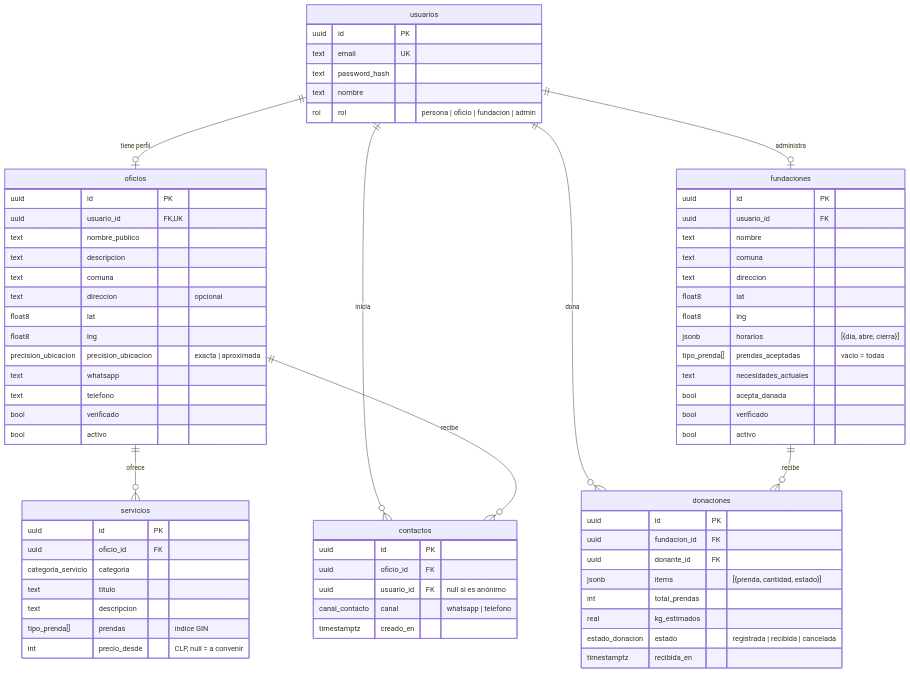
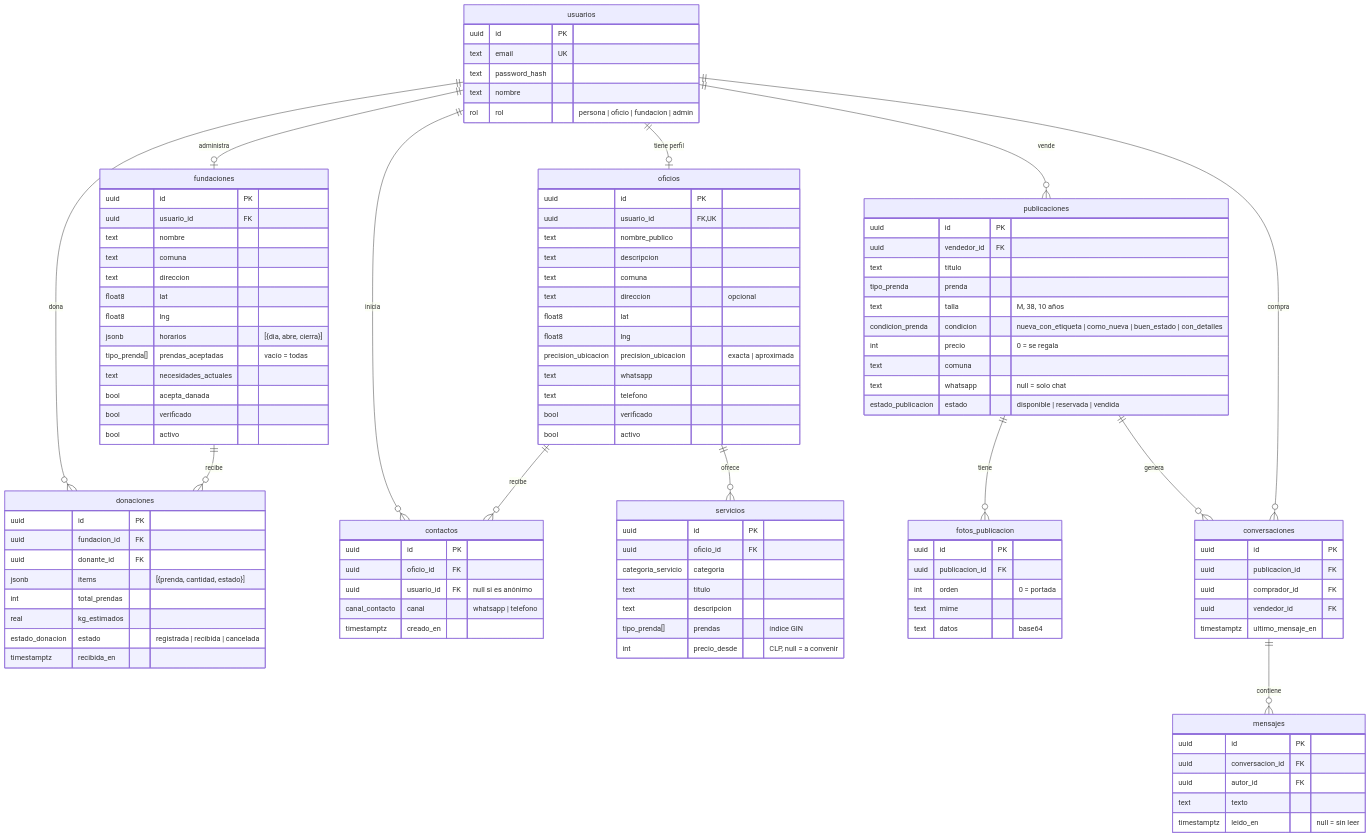
One commit to Joshua-Cortes/hilo-circular changed the diagram in docs/04-modelo-de-datos.md. Above: the diagram before and after it, drawn with Mermaid. The commit also changed other lines of this file and 5 other files, not shown here.

````diff
--- a/docs/04-modelo-de-datos.md
+++ b/docs/04-modelo-de-datos.md
@@ -11,6 +11,11 @@
   oficios ||--o{ servicios : "ofrece"
   oficios ||--o{ contactos : "recibe"
   fundaciones ||--o{ donaciones : "recibe"
+  usuarios ||--o{ publicaciones : "vende"
+  publicaciones ||--o{ fotos_publicacion : "tiene"
+  publicaciones ||--o{ conversaciones : "genera"
+  usuarios ||--o{ conversaciones : "compra"
+  conversaciones ||--o{ mensajes : "contiene"
 
   usuarios {
     uuid id PK
@@ -75,4 +80,37 @@
     canal_contacto canal "whatsapp | telefono"
     timestamptz creado_en
   }
+  publicaciones {
+    uuid id PK
+    uuid vendedor_id FK
+    text titulo
+    tipo_prenda prenda
+    text talla "M, 38, 10 años"
+    condicion_prenda condicion "nueva_con_etiqueta | como_nueva | buen_estado | con_detalles"
+    int precio "0 = se regala"
+    text comuna
+    text whatsapp "null = solo chat"
+    estado_publicacion estado "disponible | reservada | vendida"
+  }
+  fotos_publicacion {
+    uuid id PK
+    uuid publicacion_id FK
+    int orden "0 = portada"
+    text mime
+    text datos "base64"
+  }
+  conversaciones {
+    uuid id PK
+    uuid publicacion_id FK
+    uuid comprador_id FK
+    uuid vendedor_id FK
+    timestamptz ultimo_mensaje_en
+  }
+  mensajes {
+    uuid id PK
+    uuid conversacion_id FK
+    uuid autor_id FK
+    text texto
+    timestamptz leido_en "null = sin leer"
+  }
 ```
````
